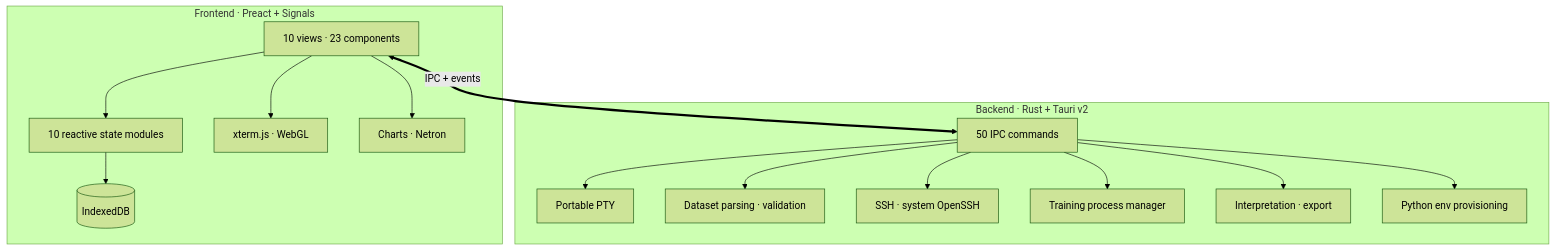
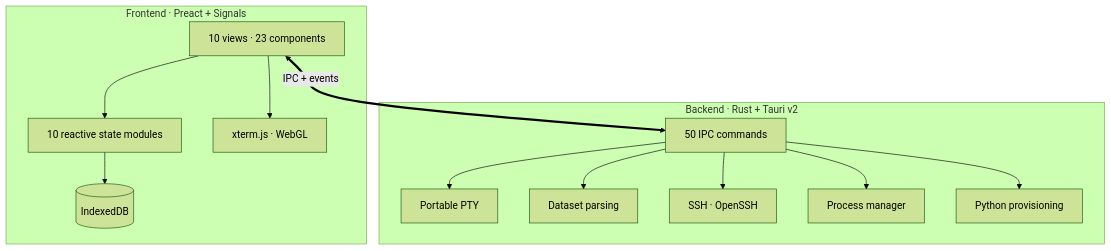
One commit to theja-vanka/NightForge changed the second of 2 diagrams in README.md. Above: the diagram before and after it, drawn with Mermaid (forest theme). The commit also changed other lines of this file, not shown here.

````diff
--- a/README.md
+++ b/README.md
@@ -330,20 +475,18 @@
 ```mermaid
 graph TD
     subgraph Frontend["Frontend · Preact + Signals"]
         UI["10 views · 23 components"] --> State["10 reactive state modules"]
         State --> DB[("IndexedDB")]
         UI --> Terminal["xterm.js · WebGL"]
-        UI --> Charts["Charts · Netron"]
     end
 
     subgraph Backend["Backend · Rust + Tauri v2"]
         Tauri["50 IPC commands"] --> PTY["Portable PTY"]
-        Tauri --> FS["Dataset parsing · validation"]
-        Tauri --> SSH["SSH · system OpenSSH"]
-        Tauri --> Training["Training process manager"]
-        Tauri --> Interpret["Interpretation · export"]
-        Tauri --> Env["Python env provisioning"]
+        Tauri --> FS["Dataset parsing"]
+        Tauri --> SSH["SSH · OpenSSH"]
+        Tauri --> Training["Process manager"]
+        Tauri --> Env["Python provisioning"]
     end
 
     UI <== "IPC + events" ==> Tauri
 ```
````
